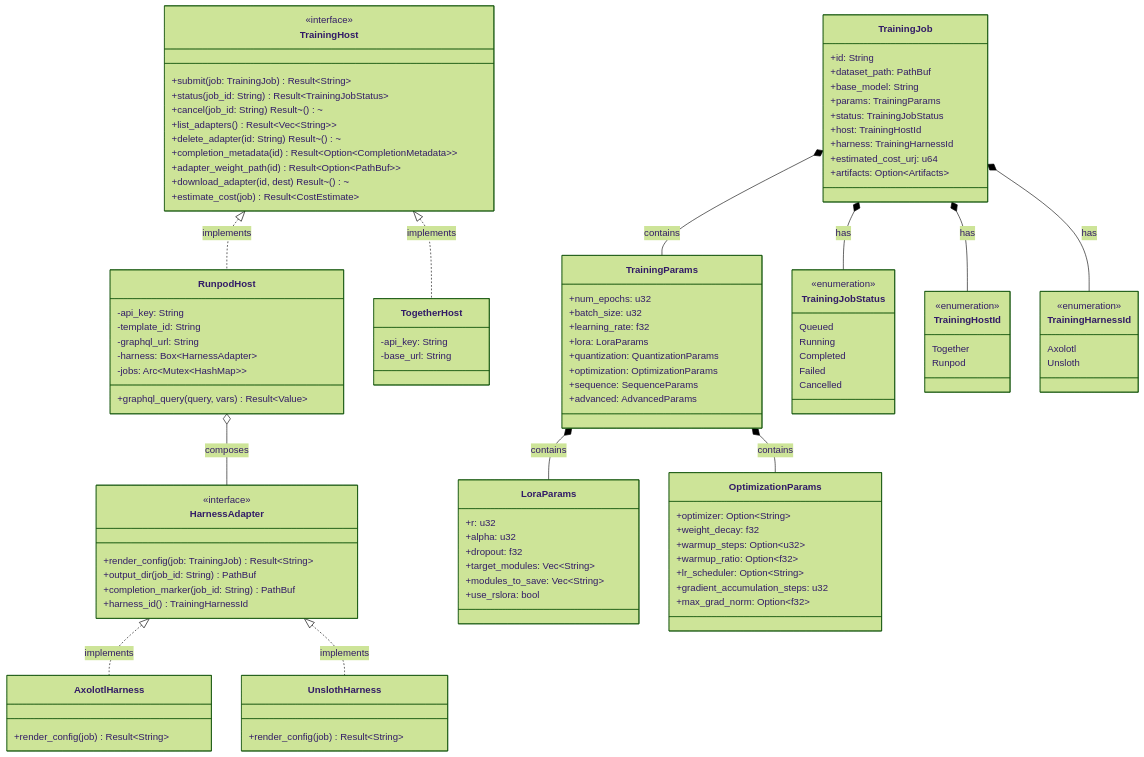
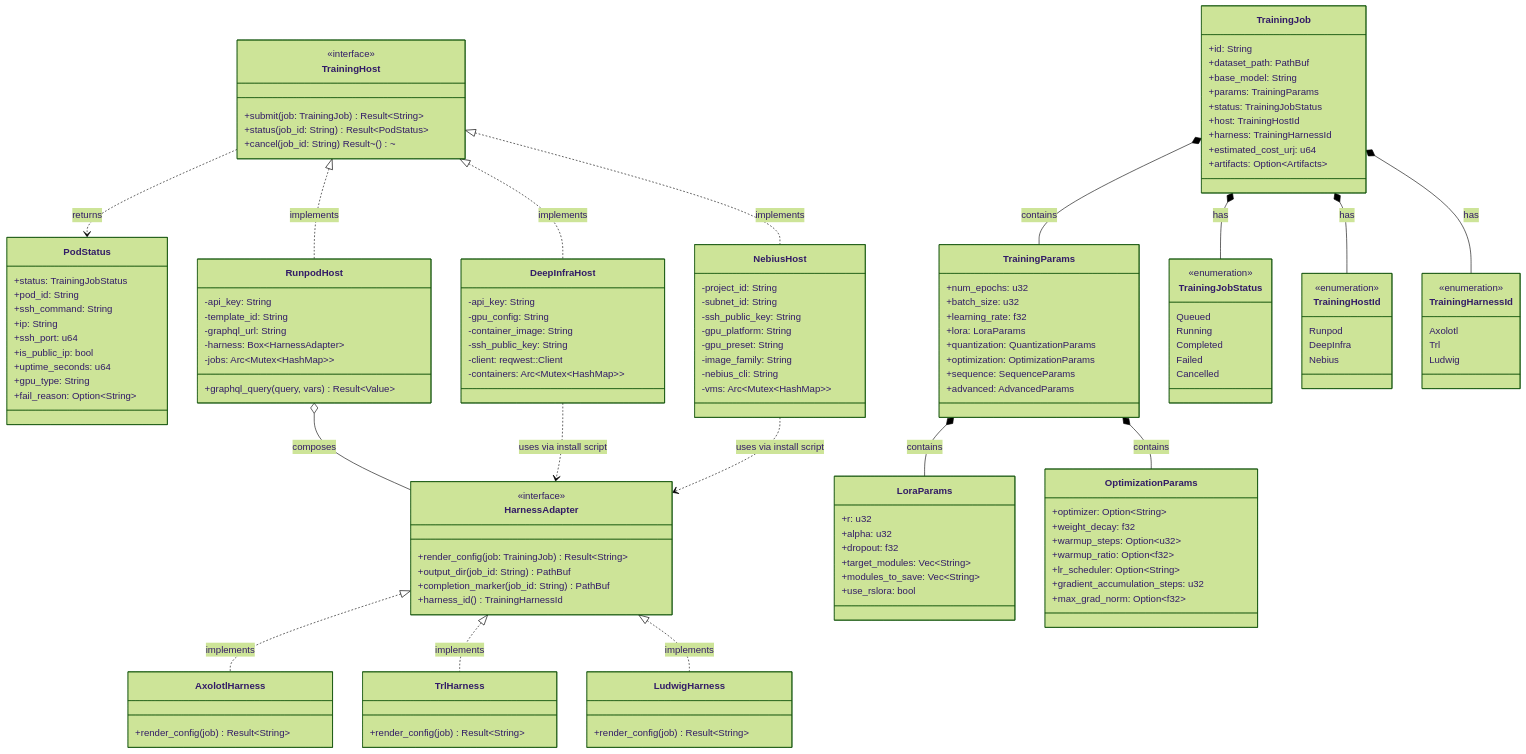
The fifth of 5 diagrams in docs/how-to/training-and-adapters.md (mdz-axo/hKask), drawn with Mermaid (forest theme) before and after one commit. The commit also changed other lines of this file and 2 other files, not shown here.

Commit message:
Update training docs for multi-provider support
- Replace Together/Unsloth with DeepInfra, Nebius, TRL, and Ludwig.
- Introduce PodStatus as a rich return type for pod connection details
  and failure context.
- Generalize RunPod guide to GPU provider research.

```diff
--- a/docs/how-to/training-and-adapters.md
+++ b/docs/how-to/training-and-adapters.md
@@ -481,14 +481,20 @@
     class TrainingHost {
         <<interface>>
         +submit(job: TrainingJob) Result~String~
-        +status(job_id: String) Result~TrainingJobStatus~
+        +status(job_id: String) Result~PodStatus~
         +cancel(job_id: String) Result~()~
-        +list_adapters() Result~Vec~String~~
-        +delete_adapter(id: String) Result~()~
-        +completion_metadata(id) Result~Option~CompletionMetadata~~
-        +adapter_weight_path(id) Result~Option~PathBuf~~
-        +download_adapter(id, dest) Result~()~
-        +estimate_cost(job) Result~CostEstimate~
+    }
+
+    class PodStatus {
+        +status: TrainingJobStatus
+        +pod_id: String
+        +ssh_command: String
+        +ip: String
+        +ssh_port: u64
+        +is_public_ip: bool
+        +uptime_seconds: u64
+        +gpu_type: String
+        +fail_reason: Option~String~
     }
 
     class HarnessAdapter {
@@ -508,16 +514,35 @@
         +graphql_query(query, vars) Result~Value~
     }
 
-    class TogetherHost {
+    class DeepInfraHost {
         -api_key: String
-        -base_url: String
+        -gpu_config: String
+        -container_image: String
+        -ssh_public_key: String
+        -client: reqwest::Client
+        -containers: Arc~Mutex~HashMap~~
+    }
+
+    class NebiusHost {
+        -project_id: String
+        -subnet_id: String
+        -ssh_public_key: String
+        -gpu_platform: String
+        -gpu_preset: String
+        -image_family: String
+        -nebius_cli: String
+        -vms: Arc~Mutex~HashMap~~
     }
 
     class AxolotlHarness {
         +render_config(job) Result~String~
     }
 
-    class UnslothHarness {
+    class TrlHarness {
+        +render_config(job) Result~String~
+    }
+
+    class LudwigHarness {
         +render_config(job) Result~String~
     }
 
@@ -574,21 +599,28 @@
 
     class TrainingHostId {
         <<enumeration>>
-        Together
         Runpod
+        DeepInfra
+        Nebius
     }
 
     class TrainingHarnessId {
         <<enumeration>>
         Axolotl
-        Unsloth
+        Trl
+        Ludwig
     }
 
     TrainingHost <|.. RunpodHost : implements
-    TrainingHost <|.. TogetherHost : implements
+    TrainingHost <|.. DeepInfraHost : implements
+    TrainingHost <|.. NebiusHost : implements
     HarnessAdapter <|.. AxolotlHarness : implements
-    HarnessAdapter <|.. UnslothHarness : implements
+    HarnessAdapter <|.. TrlHarness : implements
+    HarnessAdapter <|.. LudwigHarness : implements
     RunpodHost o-- HarnessAdapter : composes
+    DeepInfraHost ..> HarnessAdapter : uses via install script
+    NebiusHost ..> HarnessAdapter : uses via install script
+    TrainingHost ..> PodStatus : returns
     TrainingJob *-- TrainingParams : contains
     TrainingParams *-- LoraParams : contains
     TrainingParams *-- OptimizationParams : contains
```
